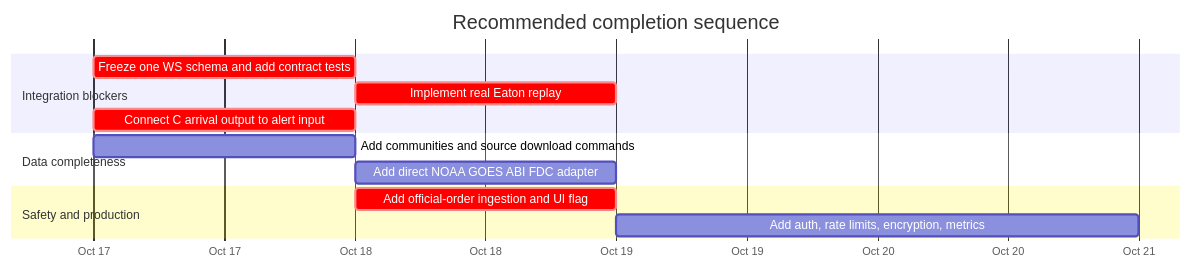
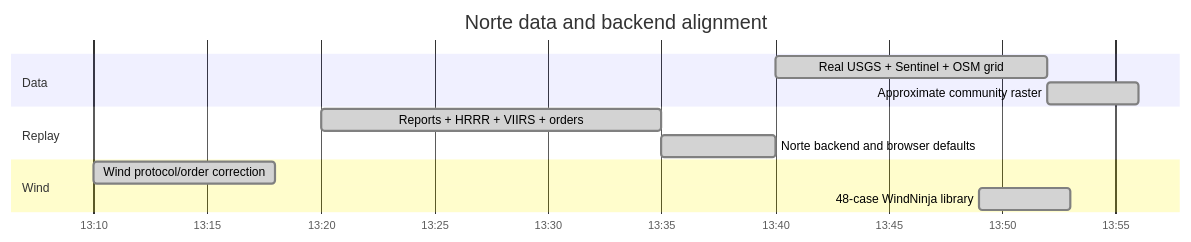
Before and after one commit to ZQC8848/WildfireTwinLA: the third of 3 diagrams in docs/backend-delivery-and-compliance.md, drawn with Mermaid. The commit also changed other lines of this file and 37 other files, not shown here.

Commit message:
Complete Norte data backend and WindNinja library

````diff
--- a/docs/backend-delivery-and-compliance.md
+++ b/docs/backend-delivery-and-compliance.md
@@ -98,16 +103,15 @@
 ```mermaid
 gantt
-    title Recommended completion sequence
-    dateFormat  YYYY-MM-DD
-    axisFormat  %b %d
-    section Integration blockers
-    Freeze one WS schema and add contract tests :crit, c1, 2026-10-17, 1d
-    Implement real Eaton replay                 :crit, c2, after c1, 1d
-    Connect C arrival output to alert input      :crit, c3, 2026-10-17, 1d
-    section Data completeness
-    Add communities and source download commands: d1, 2026-10-17, 1d
-    Add direct NOAA GOES ABI FDC adapter         : d2, 2026-10-18, 1d
-    section Safety and production
-    Add official-order ingestion and UI flag    :crit, s1, 2026-10-18, 1d
-    Add auth, rate limits, encryption, metrics   : s2, after s1, 2d
+    title Norte data and backend alignment
+    dateFormat  YYYY-MM-DD HH:mm
+    axisFormat  %H:%M
+    section Data
+    Real USGS + Sentinel + OSM grid      :done, n1, 2026-10-17 13:40, 12m
+    Approximate community raster         :done, n2, after n1, 4m
+    section Replay
+    Reports + HRRR + VIIRS + orders      :done, n3, 2026-10-17 13:20, 15m
+    Norte backend and browser defaults   :done, n4, after n3, 5m
+    section Wind
+    Wind protocol/order correction       :done, n5, 2026-10-17 13:10, 8m
+    48-case WindNinja library            :done, n6, 2026-10-17 13:49, 4m
 ```
````
